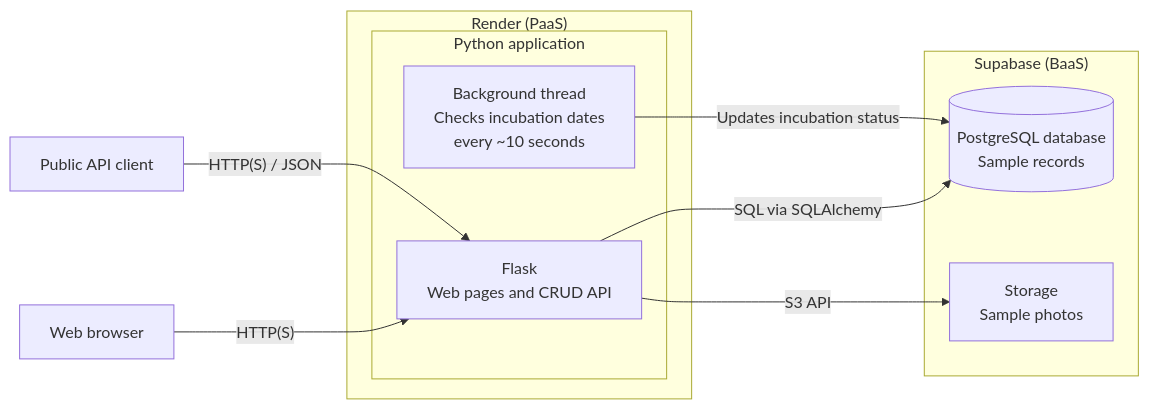
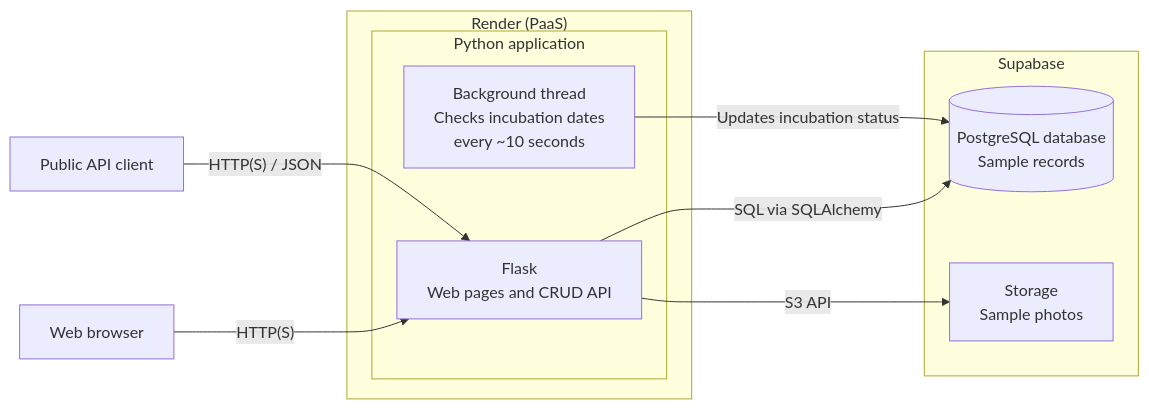
Before and after one commit to Crovla/Cloud_CRUD_Petri: the diagram in README.md, drawn with Mermaid.

````diff
--- a/README.md
+++ b/README.md
@@ -3,23 +3,23 @@
 ```mermaid
 flowchart LR
     U["Web browser"]
     A["Public API client"]
 
     subgraph R["Render (PaaS)"]
         subgraph APP["Python application"]
             W["Flask<br/>Web pages and CRUD API"]
             B["Background thread<br/>Checks incubation dates<br/>every ~10 seconds"]
         end
     end
 
-    subgraph SB["Supabase (BaaS)"]
+    subgraph SB["Supabase"]
         D[("PostgreSQL database<br/>Sample records")]
         S["Storage<br/>Sample photos"]
     end
 
     U -->|"HTTP(S)"| W
     A -->|"HTTP(S) / JSON"| W
     W -->|"SQL via SQLAlchemy"| D
     W -->|"S3 API"| S
     B -->|"Updates incubation status"| D
 ```
````
